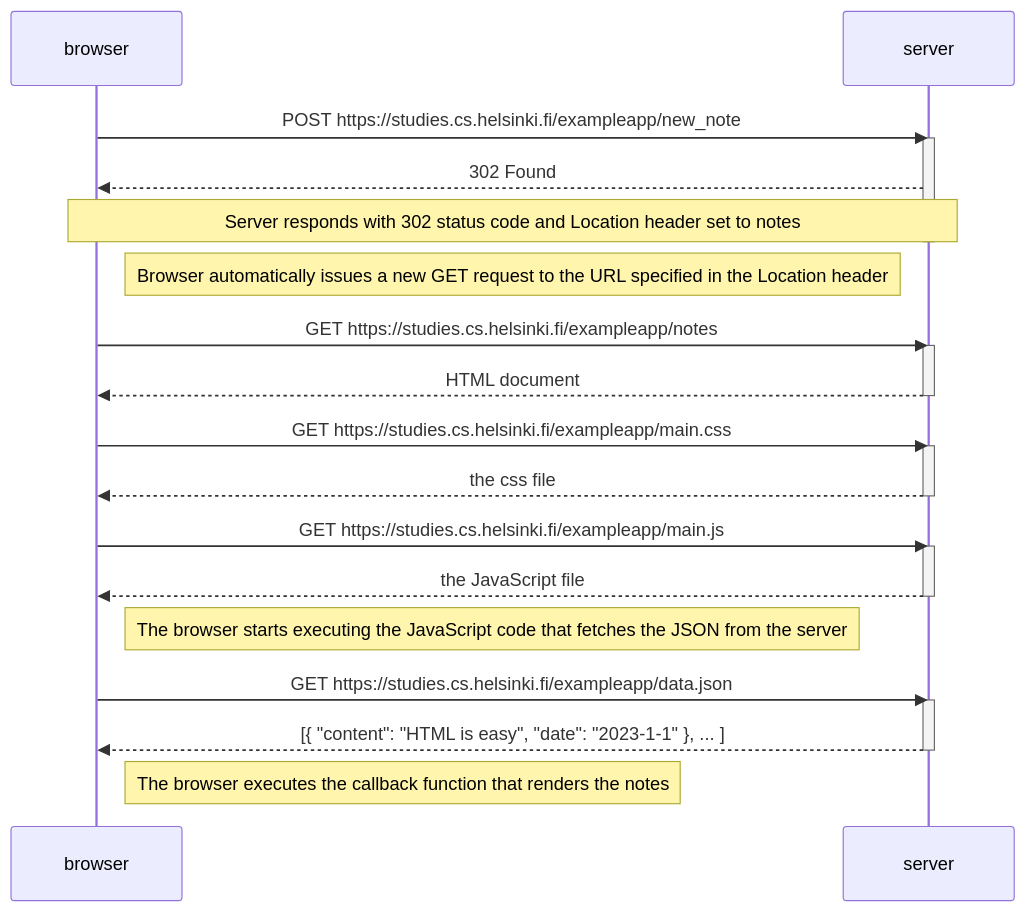
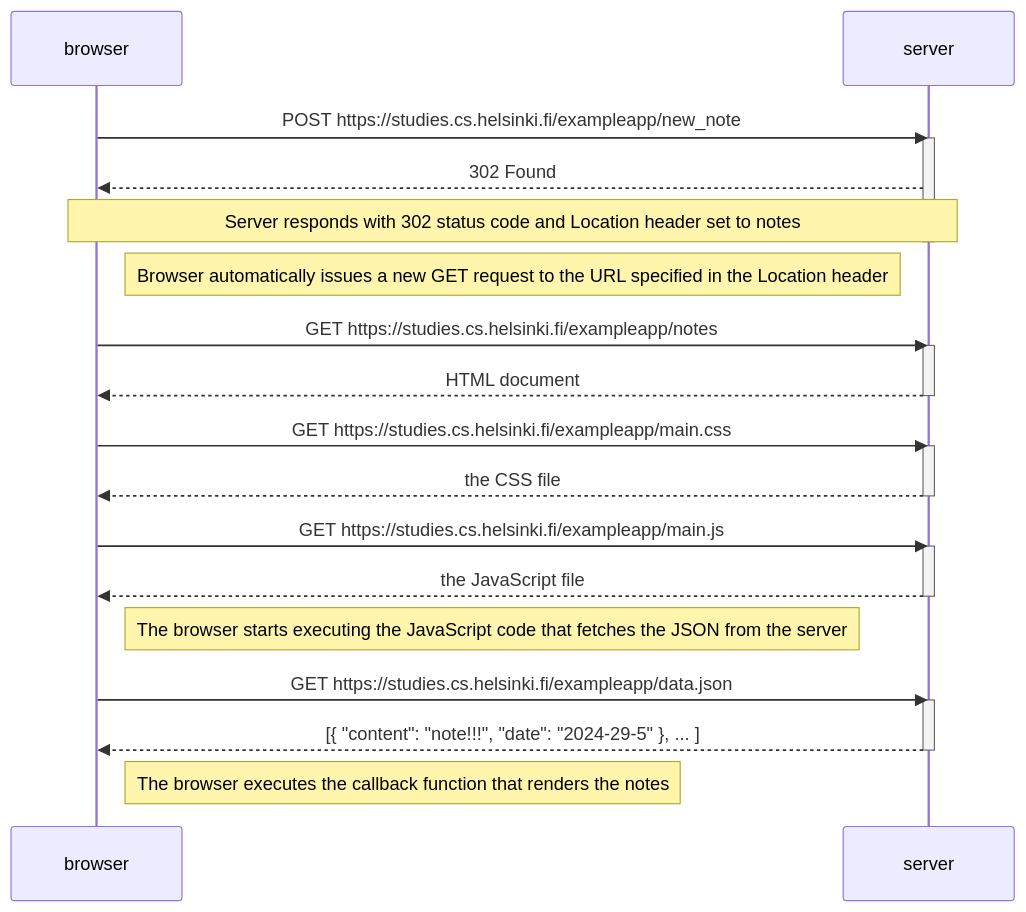
Before and after one commit to MonikerPrimus/fullstack: the diagram in part 0/part0-4.md, drawn with Mermaid.

````diff
--- a/part 0/part0-4.md
+++ b/part 0/part0-4.md
@@ -1,36 +1,36 @@
 ```mermaid
 sequenceDiagram
     participant browser
     participant server
 
     browser->>server: POST https://studies.cs.helsinki.fi/exampleapp/new_note
     activate server
     server-->>browser: 302 Found
     Note over server,browser: Server responds with 302 status code and Location header set to notes
     deactivate server
 
     Note right of browser: Browser automatically issues a new GET request to the URL specified in the Location header
     browser->>server: GET https://studies.cs.helsinki.fi/exampleapp/notes
     activate server
     server-->>browser: HTML document
     deactivate server
 
     browser->>server: GET https://studies.cs.helsinki.fi/exampleapp/main.css
     activate server
-    server-->>browser: the css file
+    server-->>browser: the CSS file
     deactivate server
 
     browser->>server: GET https://studies.cs.helsinki.fi/exampleapp/main.js
     activate server
     server-->>browser: the JavaScript file
     deactivate server
 
     Note right of browser: The browser starts executing the JavaScript code that fetches the JSON from the server
 
     browser->>server: GET https://studies.cs.helsinki.fi/exampleapp/data.json
     activate server
-    server-->>browser: [{ "content": "HTML is easy", "date": "2023-1-1" }, ... ]
+    server-->>browser: [{ "content": "note!!!", "date": "2024-29-5" }, ... ]
     deactivate server
 
     Note right of browser: The browser executes the callback function that renders the notes
 ```
````
